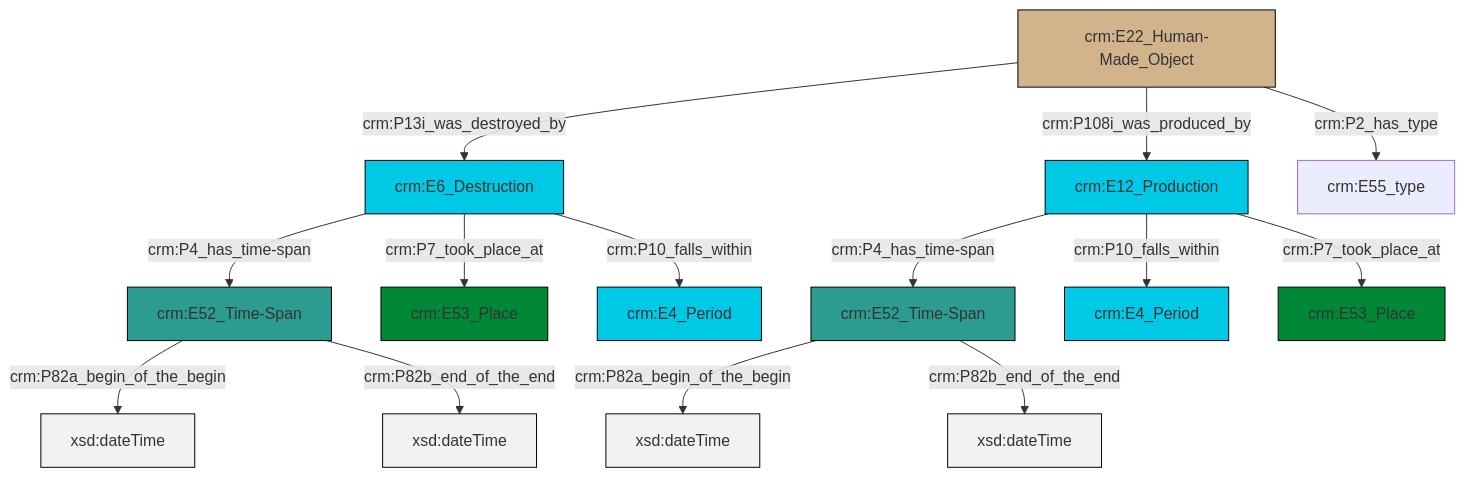
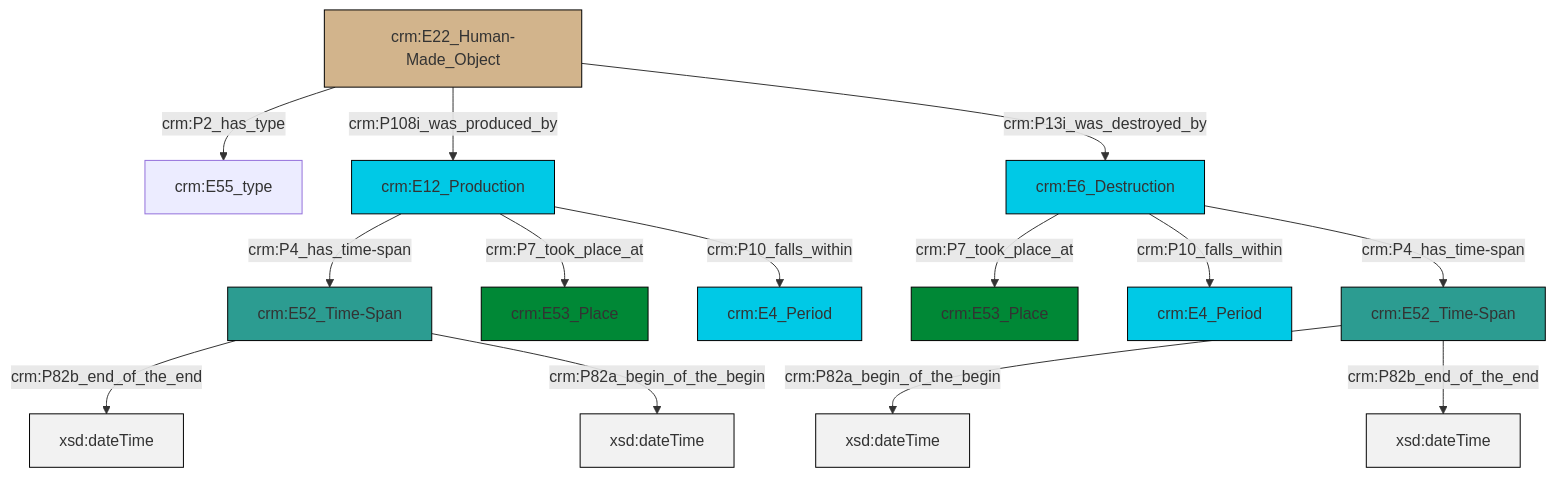
The diagram in et/builtWorkCSV/ttl/mmd/Built_Work_existence.ttl.mmd (swiss-art-research-net/reference-data-models), drawn with Mermaid before and after one commit. The commit also changed 128 other files, not shown here.

```diff
--- a/et/builtWorkCSV/ttl/mmd/Built_Work_existence.ttl.mmd
+++ b/et/builtWorkCSV/ttl/mmd/Built_Work_existence.ttl.mmd
@@ -1,28 +1,28 @@
 graph TD
 classDef Literal fill:#f2f2f2,stroke:#000000;
 classDef CRM_Entity fill:#FFFFFF,stroke:#000000;
 classDef Temporal_Entity fill:#00C9E6, stroke:#000000;
 classDef Type fill:#E18312, stroke:#000000;
 classDef Time-Span fill:#2C9C91, stroke:#000000;
 classDef Appellation fill:#FFEB7F, stroke:#000000;
 classDef Place fill:#008836, stroke:#000000;
 classDef Persistent_Item fill:#B266B2, stroke:#000000;
 classDef Conceptual_Object fill:#FFD700, stroke:#000000;
 classDef Physical_Thing fill:#D2B48C, stroke:#000000;
 classDef Actor fill:#f58aad, stroke:#000000;
 classDef PC_Classes fill:#4ce600, stroke:#000000;
 classDef Multi fill:#cccccc,stroke:#000000;
 
-4["crm:E52_Time-Span"]:::Time-Span -->|crm:P82a_begin_of_the_begin| 5[xsd:dateTime]:::Literal
-6["crm:E52_Time-Span"]:::Time-Span -->|crm:P82a_begin_of_the_begin| 7[xsd:dateTime]:::Literal
-4["crm:E52_Time-Span"]:::Time-Span -->|crm:P82b_end_of_the_end| 12[xsd:dateTime]:::Literal
-2["crm:E6_Destruction"]:::Temporal_Entity -->|crm:P4_has_time-span| 6["crm:E52_Time-Span"]:::Time-Span
-6["crm:E52_Time-Span"]:::Time-Span -->|crm:P82b_end_of_the_end| 15[xsd:dateTime]:::Literal
-2["crm:E6_Destruction"]:::Temporal_Entity -->|crm:P7_took_place_at| 16["crm:E53_Place"]:::Place
-2["crm:E6_Destruction"]:::Temporal_Entity -->|crm:P10_falls_within| 0["crm:E4_Period"]:::Temporal_Entity
-8["crm:E12_Production"]:::Temporal_Entity -->|crm:P4_has_time-span| 4["crm:E52_Time-Span"]:::Time-Span
-10["crm:E22_Human-Made_Object"]:::Physical_Thing -->|crm:P13i_was_destroyed_by| 2["crm:E6_Destruction"]:::Temporal_Entity
-8["crm:E12_Production"]:::Temporal_Entity -->|crm:P10_falls_within| 17["crm:E4_Period"]:::Temporal_Entity
-10["crm:E22_Human-Made_Object"]:::Physical_Thing -->|crm:P108i_was_produced_by| 8["crm:E12_Production"]:::Temporal_Entity
-8["crm:E12_Production"]:::Temporal_Entity -->|crm:P7_took_place_at| 18["crm:E53_Place"]:::Place
-10["crm:E22_Human-Made_Object"]:::Physical_Thing -->|crm:P2_has_type| 22["crm:E55_type"]:::Default
+0["crm:E12_Production"]:::Temporal_Entity -->|crm:P4_has_time-span| 1["crm:E52_Time-Span"]:::Time-Span
+1["crm:E52_Time-Span"]:::Time-Span -->|crm:P82b_end_of_the_end| 2[xsd:dateTime]:::Literal
+5["crm:E22_Human-Made_Object"]:::Physical_Thing -->|crm:P2_has_type| 6["crm:E55_type"]:::Default
+3["crm:E52_Time-Span"]:::Time-Span -->|crm:P82a_begin_of_the_begin| 10[xsd:dateTime]:::Literal
+7["crm:E6_Destruction"]:::Temporal_Entity -->|crm:P7_took_place_at| 12["crm:E53_Place"]:::Place
+1["crm:E52_Time-Span"]:::Time-Span -->|crm:P82a_begin_of_the_begin| 13[xsd:dateTime]:::Literal
+5["crm:E22_Human-Made_Object"]:::Physical_Thing -->|crm:P108i_was_produced_by| 0["crm:E12_Production"]:::Temporal_Entity
+7["crm:E6_Destruction"]:::Temporal_Entity -->|crm:P10_falls_within| 17["crm:E4_Period"]:::Temporal_Entity
+0["crm:E12_Production"]:::Temporal_Entity -->|crm:P7_took_place_at| 15["crm:E53_Place"]:::Place
+5["crm:E22_Human-Made_Object"]:::Physical_Thing -->|crm:P13i_was_destroyed_by| 7["crm:E6_Destruction"]:::Temporal_Entity
+3["crm:E52_Time-Span"]:::Time-Span -->|crm:P82b_end_of_the_end| 21[xsd:dateTime]:::Literal
+7["crm:E6_Destruction"]:::Temporal_Entity -->|crm:P4_has_time-span| 3["crm:E52_Time-Span"]:::Time-Span
+0["crm:E12_Production"]:::Temporal_Entity -->|crm:P10_falls_within| 19["crm:E4_Period"]:::Temporal_Entity
```
